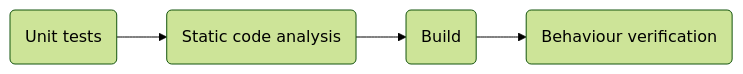
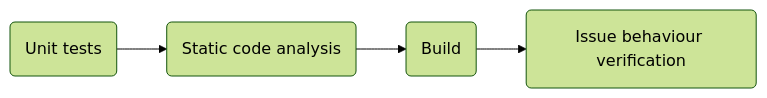
One commit to ContinuousEngineeringProject/ContinuousEngineeringProject.github.io changed the fifth of 8 diagrams in docs/factory_pipelines.md. Above: the diagram before and after it, drawn with Mermaid (forest theme). The commit also changed other lines of this file, not shown here.

````diff
--- a/docs/factory_pipelines.md
+++ b/docs/factory_pipelines.md
@@ -89,9 +90,9 @@
 ```mermaid
 flowchart LR
   id1(Unit tests)
   id2(Static code analysis)
   id3(Build)
-  id4(Behaviour verification)
+  id4(Issue behaviour verification)
   
   id1 --> id2 --> id3 --> id4
 ```
````
